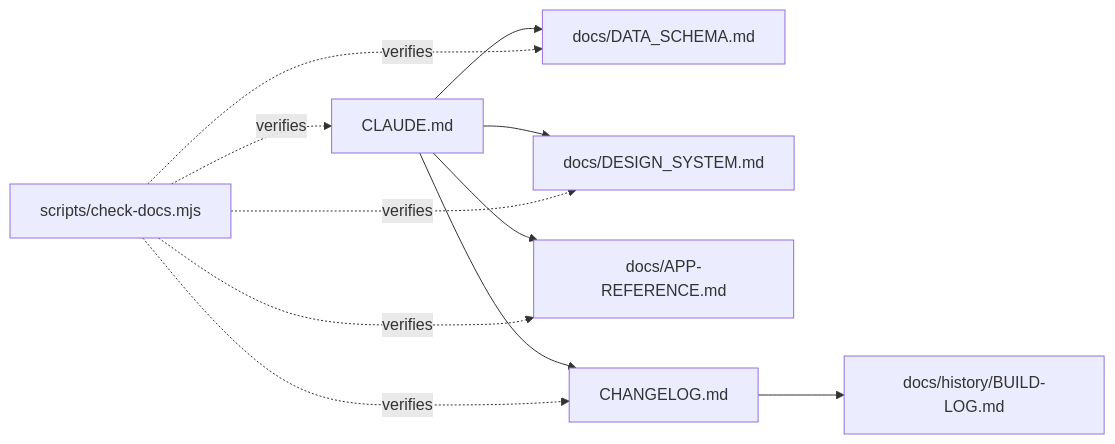
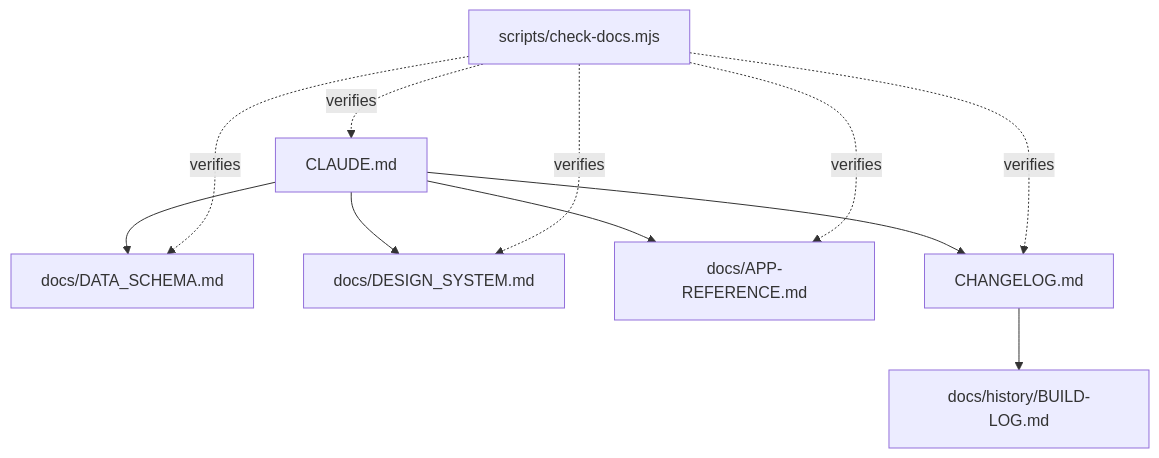
One commit to InesPatricia/Mi-Dia-App changed the diagram in README.md. Above: the diagram before and after it, drawn with Mermaid.

Commit message:
fix(readme): lay the architecture diagram top-to-bottom
Left-to-right put the deepest node, docs/history/BUILD-LOG.md, in the
top-right corner, which is where GitHub floats its zoom controls — the
label was clipped by the UI. Top-to-bottom keeps the graph narrow and out
from under them.

Verified by loading the page and looking at it, not by assuming.

````diff
--- a/README.md
+++ b/README.md
@@ -223,14 +223,14 @@
 ```mermaid
-flowchart LR
+flowchart TB
     ROUTER["CLAUDE.md"]
     ROUTER --> SCHEMA["docs/DATA_SCHEMA.md"]
     ROUTER --> DESIGN["docs/DESIGN_SYSTEM.md"]
     ROUTER --> REF["docs/APP-REFERENCE.md"]
     ROUTER --> LOG["CHANGELOG.md"]
     LOG --> ARCHIVE["docs/history/BUILD-LOG.md"]
     GATE["scripts/check-docs.mjs"] -. verifies .-> ROUTER
     GATE -. verifies .-> SCHEMA
     GATE -. verifies .-> DESIGN
     GATE -. verifies .-> REF
     GATE -. verifies .-> LOG
 ```
````
